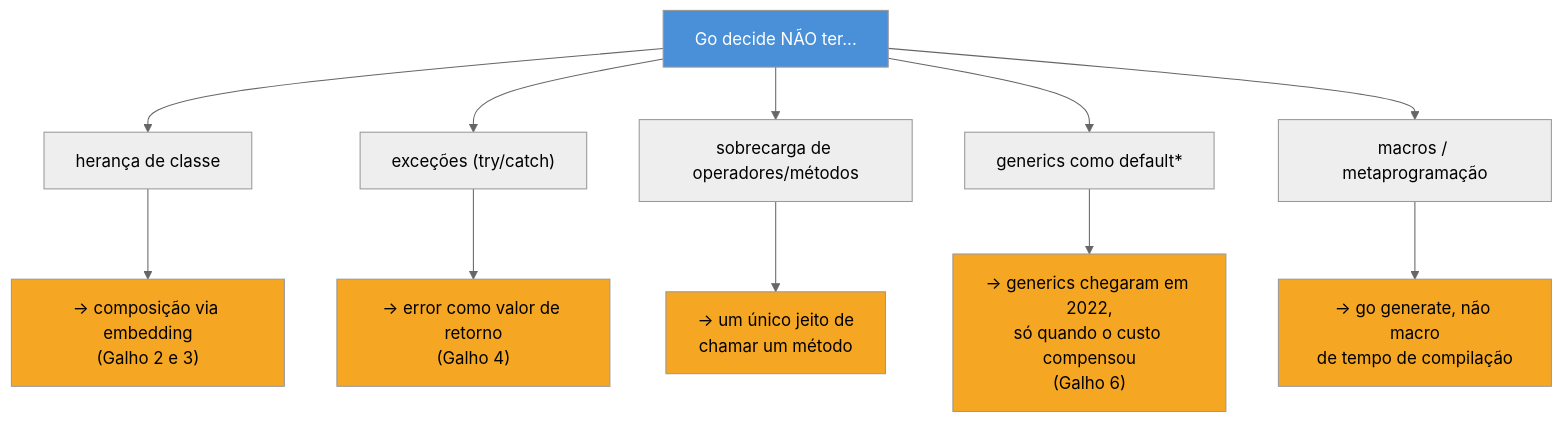
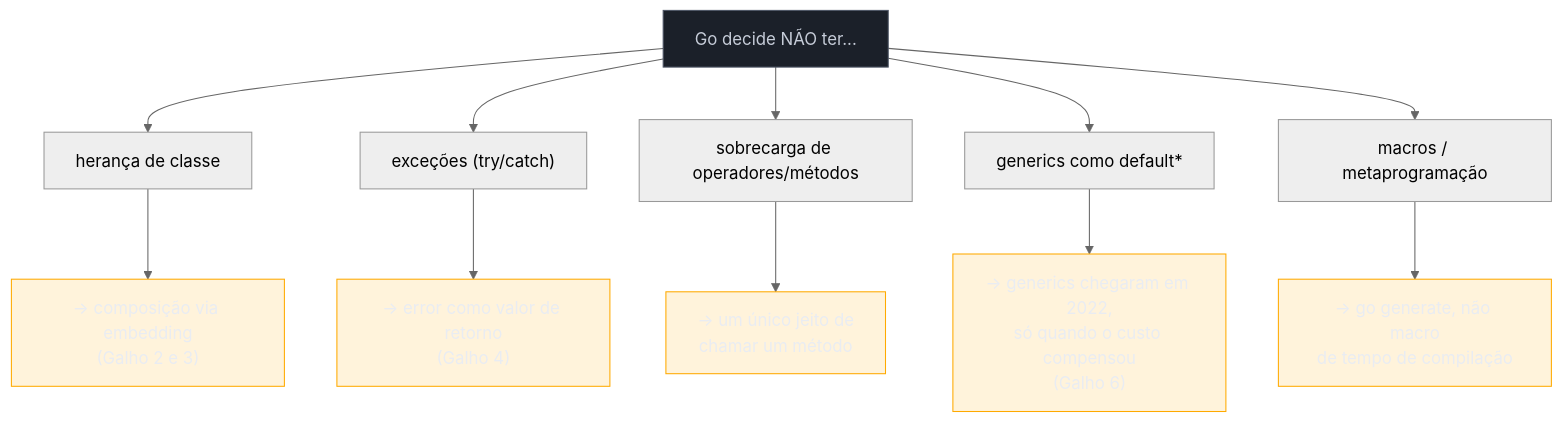
Before and after one commit to josenaldo/codex-technomanticus: the first of 2 diagrams in 03-Dominios/Tecnologia/Go/20 - Go idiomático/01 - Effective Go e a cultura.md, drawn with Mermaid (neutral theme). The commit also changed 1181 other files, not shown here.

First line of the commit message:
fix(diagramas): paleta do sistema no lugar de cor cravada no markdown

````diff
--- a/03-Dominios/Tecnologia/Go/20 - Go idiomático/01 - Effective Go e a cultura.md
+++ b/03-Dominios/Tecnologia/Go/20 - Go idiomático/01 - Effective Go e a cultura.md
@@ -33,21 +33,23 @@
 ```mermaid
 flowchart TB
+    classDef neutro fill:#1B2029,stroke:#4E5666,color:#C6CCD8
+    classDef destaque fill:#FFAA0024,stroke:#FFAA00,color:#E9ECF2
     A["Go decide NÃO ter..."] --> B["herança de classe"]
     A --> C["exceções (try/catch)"]
     A --> D["sobrecarga de operadores/métodos"]
     A --> E["generics como default*"]
     A --> F["macros / metaprogramação"]
 
     B --> G["→ composição via embedding\n(Galho 2 e 3)"]
     C --> H["→ error como valor de retorno\n(Galho 4)"]
     D --> I["→ um único jeito de\nchamar um método"]
     E --> J["→ generics chegaram em 2022,\nsó quando o custo compensou\n(Galho 6)"]
     F --> K["→ go generate, não macro\nde tempo de compilação"]
 
-    style A fill:#4A90D9,color:#fff
-    style G fill:#F5A623,color:#000
-    style H fill:#F5A623,color:#000
-    style I fill:#F5A623,color:#000
-    style J fill:#F5A623,color:#000
-    style K fill:#F5A623,color:#000
+    class A neutro
+    class G destaque
+    class H destaque
+    class I destaque
+    class J destaque
+    class K destaque
 ```
````
